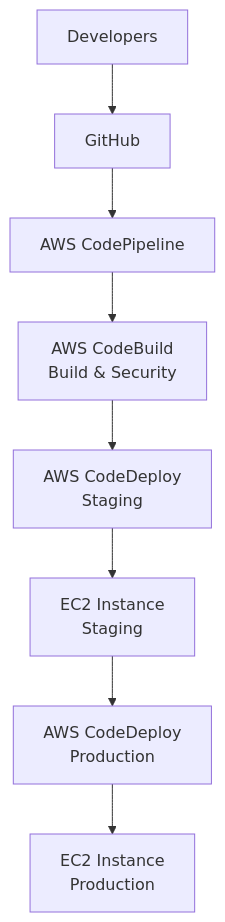
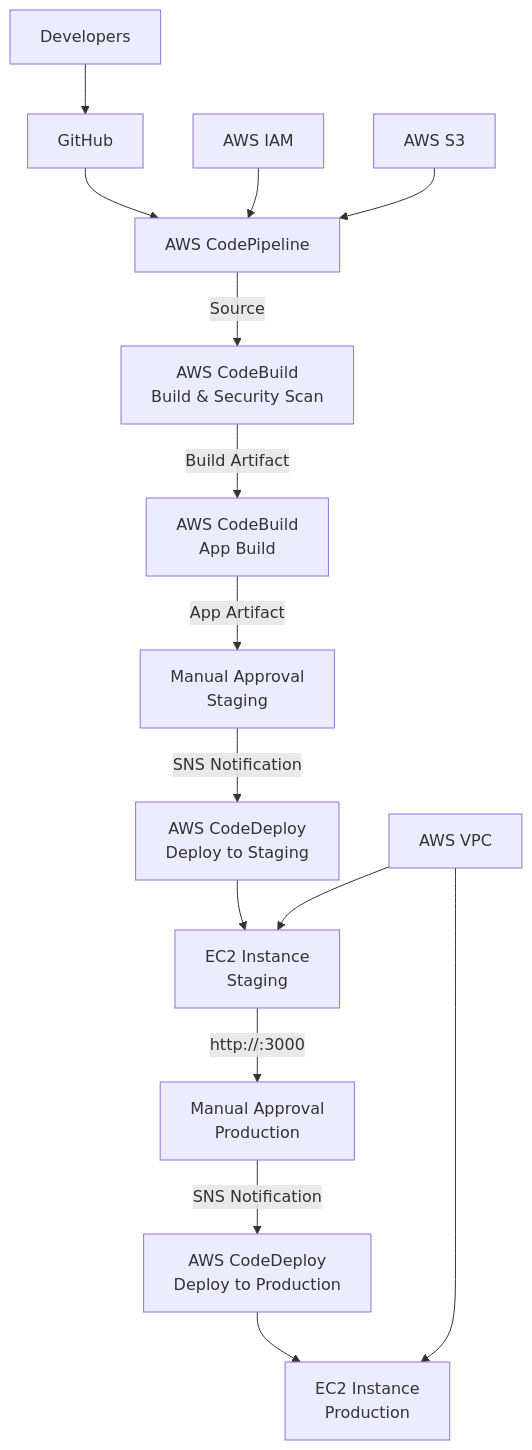
One commit to 4Min4m/AWS-env changed the first of 2 diagrams in README.md. Above: the diagram before and after it, drawn with Mermaid. The commit also changed other lines of this file, not shown here.

````diff
--- a/README.md
+++ b/README.md
@@ -34,10 +54,17 @@
 ```mermaid
 graph TD
     A[Developers] --> B[GitHub]
     B --> C[AWS CodePipeline]
-    C --> D[AWS CodeBuild<br>Build & Security]
-    D --> E[AWS CodeDeploy<br>Staging]
-    E --> F[EC2 Instance<br>Staging]
-    F --> G[AWS CodeDeploy<br>Production]
-    G --> H[EC2 Instance<br>Production]
+    C -->|Source| D[AWS CodeBuild<br>Build & Security Scan]
+    D -->|Build Artifact| E[AWS CodeBuild<br>App Build]
+    E -->|App Artifact| F[Manual Approval<br>Staging]
+    F -->|SNS Notification| G[AWS CodeDeploy<br>Deploy to Staging]
+    G --> H[EC2 Instance<br>Staging]
+    H -->|http://:3000| I[Manual Approval<br>Production]
+    I -->|SNS Notification| J[AWS CodeDeploy<br>Deploy to Production]
+    J --> K[EC2 Instance<br>Production]
+    L[AWS IAM] --> C
+    M[AWS S3] --> C
+    N[AWS VPC] --> H
+    N --> K
 ```
````
